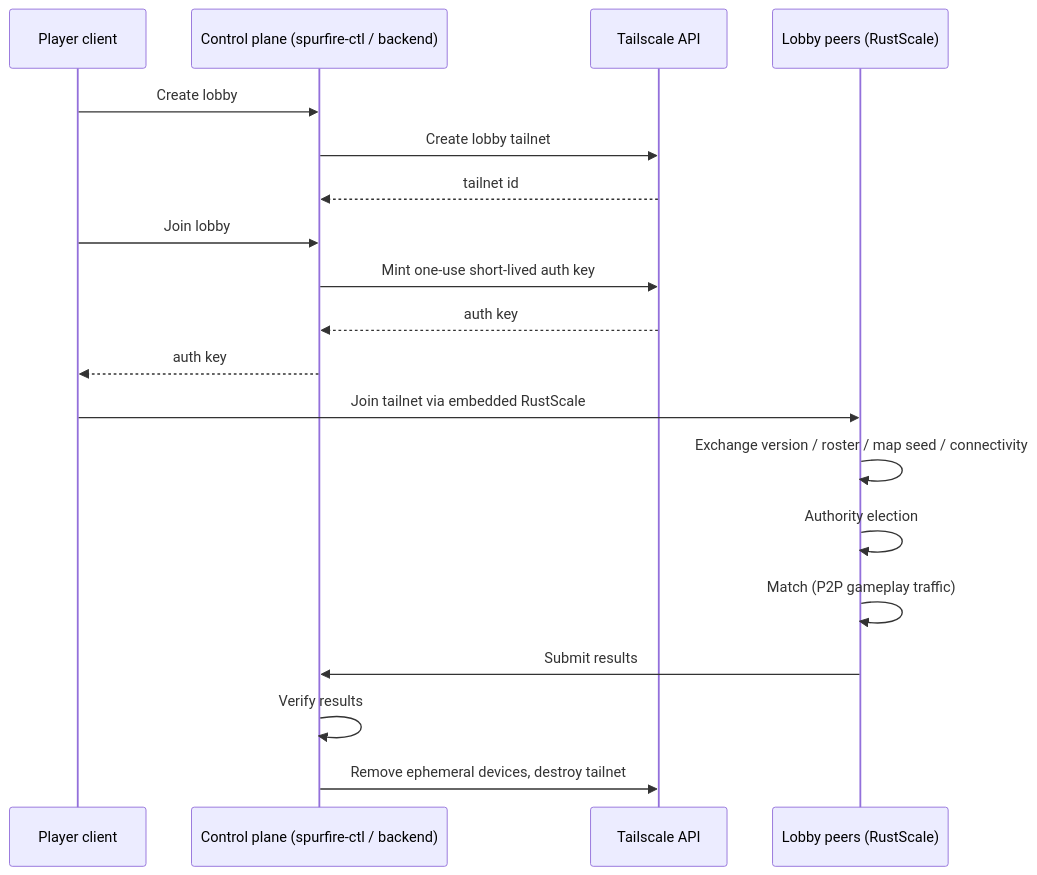
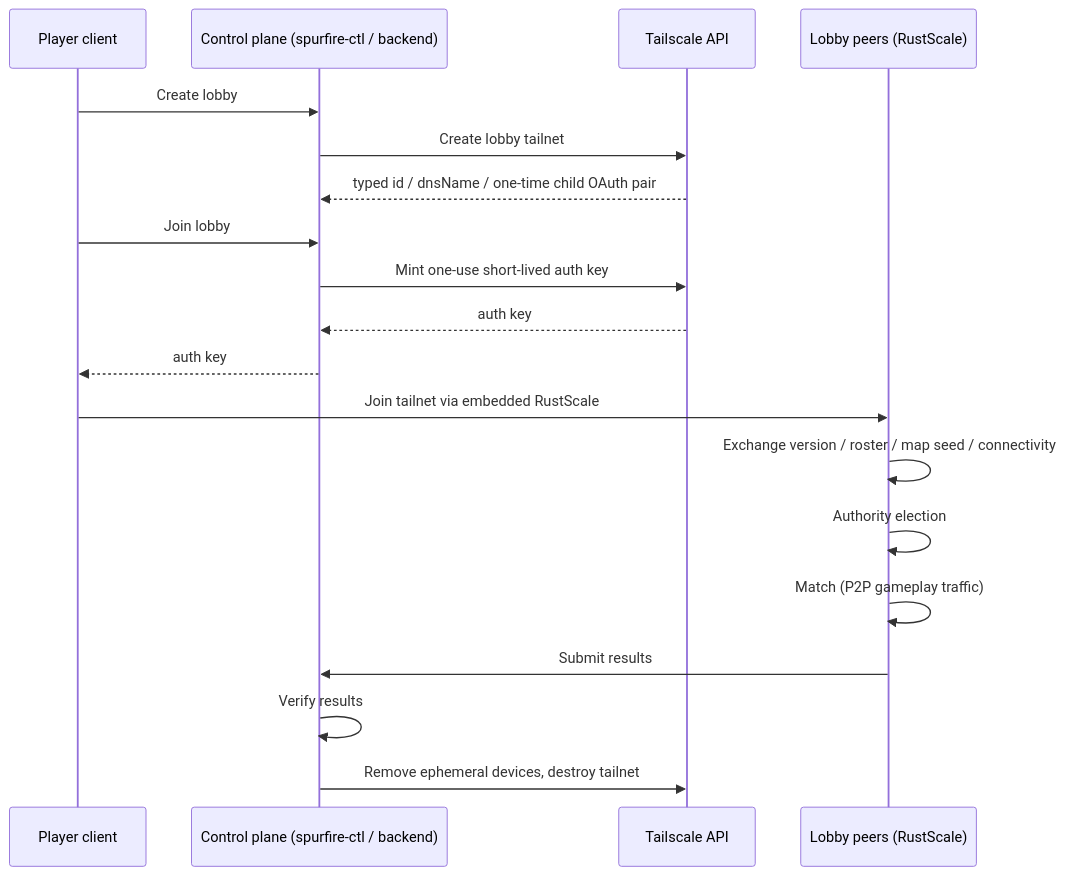
The diagram in docs/architecture.md (rajsinghtech/spurfire), drawn with Mermaid before and after one commit. The commit also changed other lines of this file and 11 other files, not shown here.

````diff
--- a/docs/architecture.md
+++ b/docs/architecture.md
@@ -48,22 +48,22 @@
 ```mermaid
 sequenceDiagram
     participant P as Player client
     participant CP as Control plane (spurfire-ctl / backend)
     participant TS as Tailscale API
     participant Peers as Lobby peers (RustScale)
 
     P->>CP: Create lobby
     CP->>TS: Create lobby tailnet
-    TS-->>CP: tailnet id
+    TS-->>CP: typed id / dnsName / one-time child OAuth pair
     P->>CP: Join lobby
     CP->>TS: Mint one-use short-lived auth key
     TS-->>CP: auth key
     CP-->>P: auth key
     P->>Peers: Join tailnet via embedded RustScale
     Peers->>Peers: Exchange version / roster / map seed / connectivity
     Peers->>Peers: Authority election
     Peers->>Peers: Match (P2P gameplay traffic)
     Peers->>CP: Submit results
     CP->>CP: Verify results
     CP->>TS: Remove ephemeral devices, destroy tailnet
 ```
````
